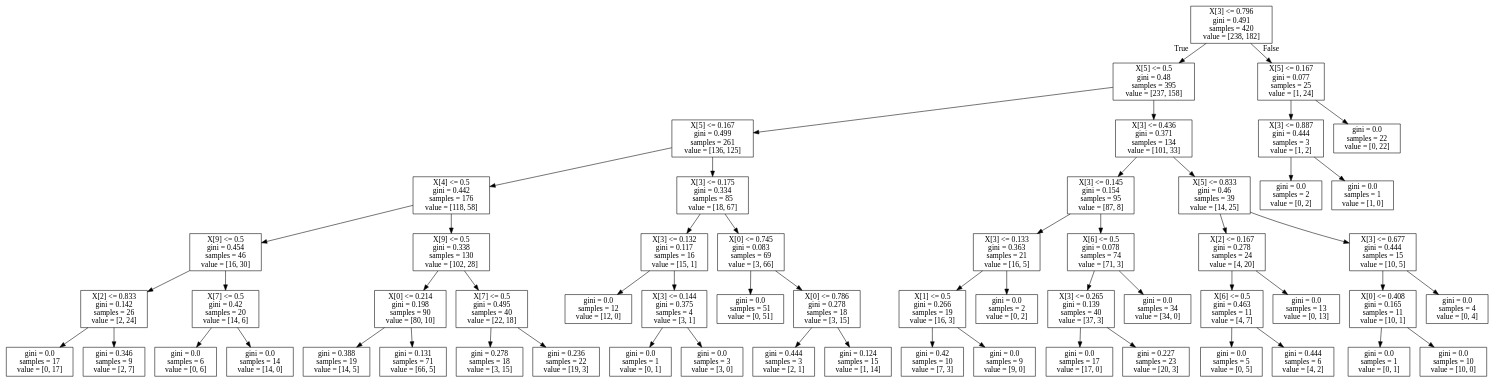
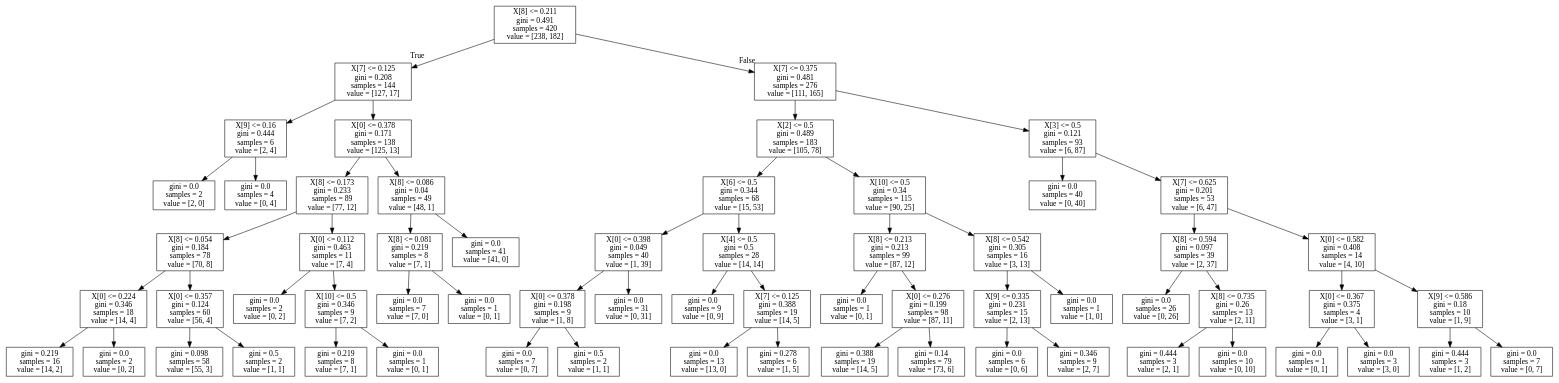
Before and after one commit to jose84-github/KAIST_Datamining: the diagram in iris_tree.dot, drawn with Graphviz.

```diff
--- a/iris_tree.dot
+++ b/iris_tree.dot
@@ -1,116 +1,128 @@
 digraph Tree {
 node [shape=box] ;
-0 [label="X[3] <= 0.796\ngini = 0.491\nsamples = 420\nvalue = [238, 182]"] ;
-1 [label="X[5] <= 0.5\ngini = 0.48\nsamples = 395\nvalue = [237, 158]"] ;
+0 [label="X[8] <= 0.211\ngini = 0.491\nsamples = 420\nvalue = [238, 182]"] ;
+1 [label="X[7] <= 0.125\ngini = 0.208\nsamples = 144\nvalue = [127, 17]"] ;
 0 -> 1 [labeldistance=2.5, labelangle=45, headlabel="True"] ;
-2 [label="X[5] <= 0.167\ngini = 0.499\nsamples = 261\nvalue = [136, 125]"] ;
+2 [label="X[9] <= 0.16\ngini = 0.444\nsamples = 6\nvalue = [2, 4]"] ;
 1 -> 2 ;
-3 [label="X[4] <= 0.5\ngini = 0.442\nsamples = 176\nvalue = [118, 58]"] ;
+3 [label="gini = 0.0\nsamples = 2\nvalue = [2, 0]"] ;
 2 -> 3 ;
-4 [label="X[9] <= 0.5\ngini = 0.454\nsamples = 46\nvalue = [16, 30]"] ;
-3 -> 4 ;
-5 [label="X[2] <= 0.833\ngini = 0.142\nsamples = 26\nvalue = [2, 24]"] ;
-4 -> 5 ;
-6 [label="gini = 0.0\nsamples = 17\nvalue = [0, 17]"] ;
+4 [label="gini = 0.0\nsamples = 4\nvalue = [0, 4]"] ;
+2 -> 4 ;
+5 [label="X[0] <= 0.378\ngini = 0.171\nsamples = 138\nvalue = [125, 13]"] ;
+1 -> 5 ;
+6 [label="X[8] <= 0.173\ngini = 0.233\nsamples = 89\nvalue = [77, 12]"] ;
 5 -> 6 ;
-7 [label="gini = 0.346\nsamples = 9\nvalue = [2, 7]"] ;
-5 -> 7 ;
-8 [label="X[7] <= 0.5\ngini = 0.42\nsamples = 20\nvalue = [14, 6]"] ;
-4 -> 8 ;
-9 [label="gini = 0.0\nsamples = 6\nvalue = [0, 6]"] ;
+7 [label="X[8] <= 0.054\ngini = 0.184\nsamples = 78\nvalue = [70, 8]"] ;
+6 -> 7 ;
+8 [label="X[0] <= 0.224\ngini = 0.346\nsamples = 18\nvalue = [14, 4]"] ;
+7 -> 8 ;
+9 [label="gini = 0.219\nsamples = 16\nvalue = [14, 2]"] ;
 8 -> 9 ;
-10 [label="gini = 0.0\nsamples = 14\nvalue = [14, 0]"] ;
+10 [label="gini = 0.0\nsamples = 2\nvalue = [0, 2]"] ;
 8 -> 10 ;
-11 [label="X[9] <= 0.5\ngini = 0.338\nsamples = 130\nvalue = [102, 28]"] ;
-3 -> 11 ;
-12 [label="X[0] <= 0.214\ngini = 0.198\nsamples = 90\nvalue = [80, 10]"] ;
+11 [label="X[0] <= 0.357\ngini = 0.124\nsamples = 60\nvalue = [56, 4]"] ;
+7 -> 11 ;
+12 [label="gini = 0.098\nsamples = 58\nvalue = [55, 3]"] ;
 11 -> 12 ;
-13 [label="gini = 0.388\nsamples = 19\nvalue = [14, 5]"] ;
-12 -> 13 ;
-14 [label="gini = 0.131\nsamples = 71\nvalue = [66, 5]"] ;
-12 -> 14 ;
-15 [label="X[7] <= 0.5\ngini = 0.495\nsamples = 40\nvalue = [22, 18]"] ;
-11 -> 15 ;
-16 [label="gini = 0.278\nsamples = 18\nvalue = [3, 15]"] ;
-15 -> 16 ;
-17 [label="gini = 0.236\nsamples = 22\nvalue = [19, 3]"] ;
-15 -> 17 ;
-18 [label="X[3] <= 0.175\ngini = 0.334\nsamples = 85\nvalue = [18, 67]"] ;
-2 -> 18 ;
-19 [label="X[3] <= 0.132\ngini = 0.117\nsamples = 16\nvalue = [15, 1]"] ;
-18 -> 19 ;
-20 [label="gini = 0.0\nsamples = 12\nvalue = [12, 0]"] ;
+13 [label="gini = 0.5\nsamples = 2\nvalue = [1, 1]"] ;
+11 -> 13 ;
+14 [label="X[0] <= 0.112\ngini = 0.463\nsamples = 11\nvalue = [7, 4]"] ;
+6 -> 14 ;
+15 [label="gini = 0.0\nsamples = 2\nvalue = [0, 2]"] ;
+14 -> 15 ;
+16 [label="X[10] <= 0.5\ngini = 0.346\nsamples = 9\nvalue = [7, 2]"] ;
+14 -> 16 ;
+17 [label="gini = 0.219\nsamples = 8\nvalue = [7, 1]"] ;
+16 -> 17 ;
+18 [label="gini = 0.0\nsamples = 1\nvalue = [0, 1]"] ;
+16 -> 18 ;
+19 [label="X[8] <= 0.086\ngini = 0.04\nsamples = 49\nvalue = [48, 1]"] ;
+5 -> 19 ;
+20 [label="X[8] <= 0.081\ngini = 0.219\nsamples = 8\nvalue = [7, 1]"] ;
 19 -> 20 ;
-21 [label="X[3] <= 0.144\ngini = 0.375\nsamples = 4\nvalue = [3, 1]"] ;
-19 -> 21 ;
+21 [label="gini = 0.0\nsamples = 7\nvalue = [7, 0]"] ;
+20 -> 21 ;
 22 [label="gini = 0.0\nsamples = 1\nvalue = [0, 1]"] ;
-21 -> 22 ;
-23 [label="gini = 0.0\nsamples = 3\nvalue = [3, 0]"] ;
-21 -> 23 ;
-24 [label="X[0] <= 0.745\ngini = 0.083\nsamples = 69\nvalue = [3, 66]"] ;
-18 -> 24 ;
-25 [label="gini = 0.0\nsamples = 51\nvalue = [0, 51]"] ;
+20 -> 22 ;
+23 [label="gini = 0.0\nsamples = 41\nvalue = [41, 0]"] ;
+19 -> 23 ;
+24 [label="X[7] <= 0.375\ngini = 0.481\nsamples = 276\nvalue = [111, 165]"] ;
+0 -> 24 [labeldistance=2.5, labelangle=-45, headlabel="False"] ;
+25 [label="X[2] <= 0.5\ngini = 0.489\nsamples = 183\nvalue = [105, 78]"] ;
 24 -> 25 ;
-26 [label="X[0] <= 0.786\ngini = 0.278\nsamples = 18\nvalue = [3, 15]"] ;
-24 -> 26 ;
-27 [label="gini = 0.444\nsamples = 3\nvalue = [2, 1]"] ;
+26 [label="X[6] <= 0.5\ngini = 0.344\nsamples = 68\nvalue = [15, 53]"] ;
+25 -> 26 ;
+27 [label="X[0] <= 0.398\ngini = 0.049\nsamples = 40\nvalue = [1, 39]"] ;
 26 -> 27 ;
-28 [label="gini = 0.124\nsamples = 15\nvalue = [1, 14]"] ;
-26 -> 28 ;
-29 [label="X[3] <= 0.436\ngini = 0.371\nsamples = 134\nvalue = [101, 33]"] ;
-1 -> 29 ;
-30 [label="X[3] <= 0.145\ngini = 0.154\nsamples = 95\nvalue = [87, 8]"] ;
-29 -> 30 ;
-31 [label="X[3] <= 0.133\ngini = 0.363\nsamples = 21\nvalue = [16, 5]"] ;
-30 -> 31 ;
-32 [label="X[1] <= 0.5\ngini = 0.266\nsamples = 19\nvalue = [16, 3]"] ;
-31 -> 32 ;
-33 [label="gini = 0.42\nsamples = 10\nvalue = [7, 3]"] ;
+28 [label="X[0] <= 0.378\ngini = 0.198\nsamples = 9\nvalue = [1, 8]"] ;
+27 -> 28 ;
+29 [label="gini = 0.0\nsamples = 7\nvalue = [0, 7]"] ;
+28 -> 29 ;
+30 [label="gini = 0.5\nsamples = 2\nvalue = [1, 1]"] ;
+28 -> 30 ;
+31 [label="gini = 0.0\nsamples = 31\nvalue = [0, 31]"] ;
+27 -> 31 ;
+32 [label="X[4] <= 0.5\ngini = 0.5\nsamples = 28\nvalue = [14, 14]"] ;
+26 -> 32 ;
+33 [label="gini = 0.0\nsamples = 9\nvalue = [0, 9]"] ;
 32 -> 33 ;
-34 [label="gini = 0.0\nsamples = 9\nvalue = [9, 0]"] ;
+34 [label="X[7] <= 0.125\ngini = 0.388\nsamples = 19\nvalue = [14, 5]"] ;
 32 -> 34 ;
-35 [label="gini = 0.0\nsamples = 2\nvalue = [0, 2]"] ;
-31 -> 35 ;
-36 [label="X[6] <= 0.5\ngini = 0.078\nsamples = 74\nvalue = [71, 3]"] ;
-30 -> 36 ;
-37 [label="X[3] <= 0.265\ngini = 0.139\nsamples = 40\nvalue = [37, 3]"] ;
-36 -> 37 ;
-38 [label="gini = 0.0\nsamples = 17\nvalue = [17, 0]"] ;
+35 [label="gini = 0.0\nsamples = 13\nvalue = [13, 0]"] ;
+34 -> 35 ;
+36 [label="gini = 0.278\nsamples = 6\nvalue = [1, 5]"] ;
+34 -> 36 ;
+37 [label="X[10] <= 0.5\ngini = 0.34\nsamples = 115\nvalue = [90, 25]"] ;
+25 -> 37 ;
+38 [label="X[8] <= 0.213\ngini = 0.213\nsamples = 99\nvalue = [87, 12]"] ;
 37 -> 38 ;
-39 [label="gini = 0.227\nsamples = 23\nvalue = [20, 3]"] ;
-37 -> 39 ;
-40 [label="gini = 0.0\nsamples = 34\nvalue = [34, 0]"] ;
-36 -> 40 ;
-41 [label="X[5] <= 0.833\ngini = 0.46\nsamples = 39\nvalue = [14, 25]"] ;
-29 -> 41 ;
-42 [label="X[2] <= 0.167\ngini = 0.278\nsamples = 24\nvalue = [4, 20]"] ;
-41 -> 42 ;
-43 [label="X[6] <= 0.5\ngini = 0.463\nsamples = 11\nvalue = [4, 7]"] ;
-42 -> 43 ;
-44 [label="gini = 0.0\nsamples = 5\nvalue = [0, 5]"] ;
+39 [label="gini = 0.0\nsamples = 1\nvalue = [0, 1]"] ;
+38 -> 39 ;
+40 [label="X[0] <= 0.276\ngini = 0.199\nsamples = 98\nvalue = [87, 11]"] ;
+38 -> 40 ;
+41 [label="gini = 0.388\nsamples = 19\nvalue = [14, 5]"] ;
+40 -> 41 ;
+42 [label="gini = 0.14\nsamples = 79\nvalue = [73, 6]"] ;
+40 -> 42 ;
+43 [label="X[8] <= 0.542\ngini = 0.305\nsamples = 16\nvalue = [3, 13]"] ;
+37 -> 43 ;
+44 [label="X[9] <= 0.335\ngini = 0.231\nsamples = 15\nvalue = [2, 13]"] ;
 43 -> 44 ;
-45 [label="gini = 0.444\nsamples = 6\nvalue = [4, 2]"] ;
-43 -> 45 ;
-46 [label="gini = 0.0\nsamples = 13\nvalue = [0, 13]"] ;
-42 -> 46 ;
-47 [label="X[3] <= 0.677\ngini = 0.444\nsamples = 15\nvalue = [10, 5]"] ;
-41 -> 47 ;
-48 [label="X[0] <= 0.408\ngini = 0.165\nsamples = 11\nvalue = [10, 1]"] ;
-47 -> 48 ;
-49 [label="gini = 0.0\nsamples = 1\nvalue = [0, 1]"] ;
+45 [label="gini = 0.0\nsamples = 6\nvalue = [0, 6]"] ;
+44 -> 45 ;
+46 [label="gini = 0.346\nsamples = 9\nvalue = [2, 7]"] ;
+44 -> 46 ;
+47 [label="gini = 0.0\nsamples = 1\nvalue = [1, 0]"] ;
+43 -> 47 ;
+48 [label="X[3] <= 0.5\ngini = 0.121\nsamples = 93\nvalue = [6, 87]"] ;
+24 -> 48 ;
+49 [label="gini = 0.0\nsamples = 40\nvalue = [0, 40]"] ;
 48 -> 49 ;
-50 [label="gini = 0.0\nsamples = 10\nvalue = [10, 0]"] ;
+50 [label="X[7] <= 0.625\ngini = 0.201\nsamples = 53\nvalue = [6, 47]"] ;
 48 -> 50 ;
-51 [label="gini = 0.0\nsamples = 4\nvalue = [0, 4]"] ;
-47 -> 51 ;
-52 [label="X[5] <= 0.167\ngini = 0.077\nsamples = 25\nvalue = [1, 24]"] ;
-0 -> 52 [labeldistance=2.5, labelangle=-45, headlabel="False"] ;
-53 [label="X[3] <= 0.887\ngini = 0.444\nsamples = 3\nvalue = [1, 2]"] ;
-52 -> 53 ;
-54 [label="gini = 0.0\nsamples = 2\nvalue = [0, 2]"] ;
+51 [label="X[8] <= 0.594\ngini = 0.097\nsamples = 39\nvalue = [2, 37]"] ;
+50 -> 51 ;
+52 [label="gini = 0.0\nsamples = 26\nvalue = [0, 26]"] ;
+51 -> 52 ;
+53 [label="X[8] <= 0.735\ngini = 0.26\nsamples = 13\nvalue = [2, 11]"] ;
+51 -> 53 ;
+54 [label="gini = 0.444\nsamples = 3\nvalue = [2, 1]"] ;
 53 -> 54 ;
-55 [label="gini = 0.0\nsamples = 1\nvalue = [1, 0]"] ;
+55 [label="gini = 0.0\nsamples = 10\nvalue = [0, 10]"] ;
 53 -> 55 ;
-56 [label="gini = 0.0\nsamples = 22\nvalue = [0, 22]"] ;
-52 -> 56 ;
+56 [label="X[0] <= 0.582\ngini = 0.408\nsamples = 14\nvalue = [4, 10]"] ;
+50 -> 56 ;
+57 [label="X[0] <= 0.367\ngini = 0.375\nsamples = 4\nvalue = [3, 1]"] ;
+56 -> 57 ;
+58 [label="gini = 0.0\nsamples = 1\nvalue = [0, 1]"] ;
+57 -> 58 ;
+59 [label="gini = 0.0\nsamples = 3\nvalue = [3, 0]"] ;
+57 -> 59 ;
+60 [label="X[9] <= 0.586\ngini = 0.18\nsamples = 10\nvalue = [1, 9]"] ;
+56 -> 60 ;
+61 [label="gini = 0.444\nsamples = 3\nvalue = [1, 2]"] ;
+60 -> 61 ;
+62 [label="gini = 0.0\nsamples = 7\nvalue = [0, 7]"] ;
+60 -> 62 ;
 }
```
